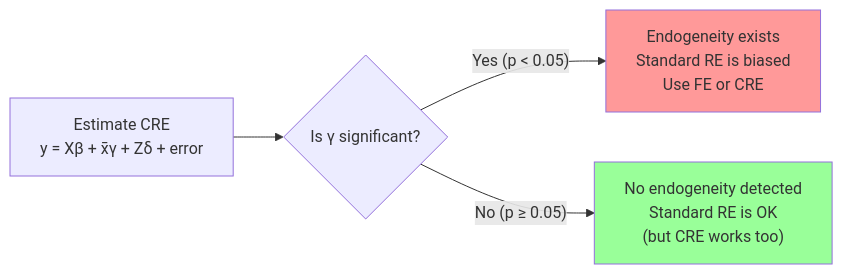
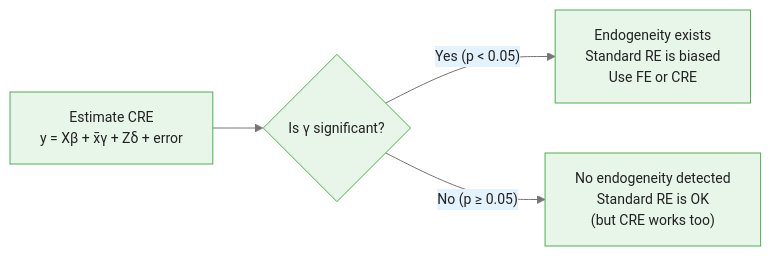
Before and after one commit to m-deane/course-creator: the third of 4 diagrams in courses/panel-regression/modules/module_03_random_effects/guides/03_correlated_random_effects_slides.md, drawn with Mermaid. The commit also changed other lines of this file and 79 other files, not shown here.

````diff
--- a/courses/panel-regression/modules/module_03_random_effects/guides/03_correlated_random_effects_slides.md
+++ b/courses/panel-regression/modules/module_03_random_effects/guides/03_correlated_random_effects_slides.md
@@ -153,10 +194,8 @@
 ```mermaid
+%%{init: {"theme": "base", "themeVariables": {"primaryColor": "#e8f5e9", "primaryBorderColor": "#4caf50", "primaryTextColor": "#212121", "secondaryColor": "#e3f2fd", "tertiaryColor": "#fff8e1", "lineColor": "#757575", "fontFamily": "Inter, sans-serif", "fontSize": "14px"}}}%%
 flowchart LR
     CRE["Estimate CRE<br/>y = Xβ + x̄γ + Zδ + error"]
     CRE --> TEST{"Is γ significant?"}
     TEST -->|"Yes (p < 0.05)"| ENDO["Endogeneity exists<br/>Standard RE is biased<br/>Use FE or CRE"]
     TEST -->|"No (p ≥ 0.05)"| EXOG["No endogeneity detected<br/>Standard RE is OK<br/>(but CRE works too)"]
-
-    style ENDO fill:#f99
-    style EXOG fill:#9f9
 ```
````
